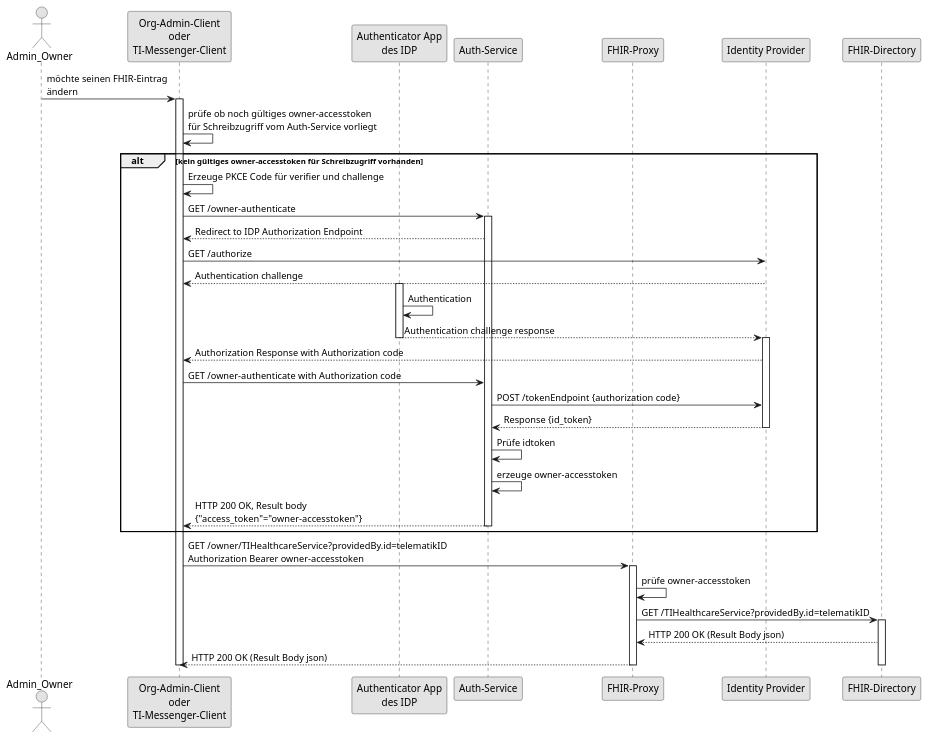
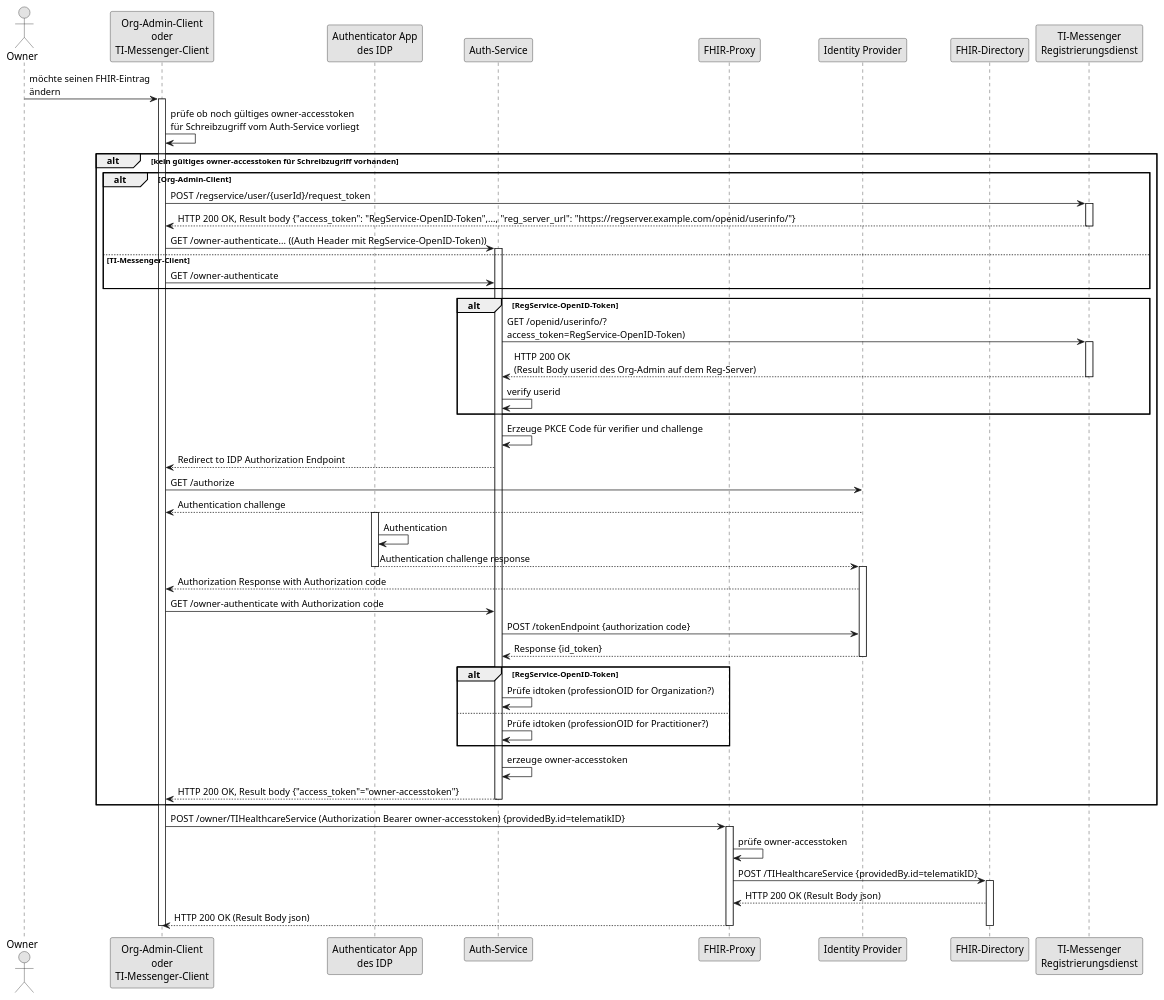
Before and after one commit to gematik/api-vzd: the diagram in src/plantuml/SequenceDiagram.FHIR-Directory.owner.puml, drawn with PlantUML.

Commit message:
update 2nd factor

```diff
--- a/src/plantuml/SequenceDiagram.FHIR-Directory.owner.puml
+++ b/src/plantuml/SequenceDiagram.FHIR-Directory.owner.puml
@@ -1,63 +1,70 @@
-@startuml SequenceDiagram.FHIR-Directory.owner
+@startuml
 skinparam dpi 100
 skinparam WrapWidth 200
 skinparam monochrome true
 
 'title "FHIR-Directory, Sequenzdiagram Änderung von eigenen TIOrganization- oder TIPractitioner-Einträgen'
-actor oa as "Admin_Owner"
+actor o as "Owner"
 participant cl as "Org-Admin-Client\noder\nTI-Messenger-Client"
 participant aa as "Authenticator App\ndes IDP"
 participant au as "Auth-Service"
 participant fp as "FHIR-Proxy"
 participant idp as "Identity Provider"
 participant fd as "FHIR-Directory"
-oa -> cl: möchte seinen FHIR-Eintrag\nändern
+participant rd as "TI-Messenger\nRegistrierungsdienst"
+o -> cl: möchte seinen FHIR-Eintrag\nändern
 activate cl
 cl -> cl: prüfe ob noch gültiges owner-accesstoken\nfür Schreibzugriff vom Auth-Service vorliegt
 alt kein gültiges owner-accesstoken für Schreibzugriff vorhanden
-cl -> cl: Erzeuge PKCE Code für verifier und challenge
+alt Org-Admin-Client
+cl -> rd: POST /regservice/user/{userId}/request_token
+activate rd
+rd --> cl: HTTP 200 OK, Result body {"access_token": "RegService-OpenID-Token",..., "reg_server_url": "https://regserver.example.com/openid/userinfo/"}
+deactivate rd
+cl -> au: GET /owner-authenticate... ((Auth Header mit RegService-OpenID-Token))
+activate au
+else TI-Messenger-Client
 cl -> au: GET /owner-authenticate
-activate au
+end
+alt RegService-OpenID-Token
+au -> rd: GET /openid/userinfo/?\naccess_token=RegService-OpenID-Token)
+activate rd
+rd --> au: HTTP 200 OK\n(Result Body userid des Org-Admin auf dem Reg-Server)
+deactivate rd
+au -> au: verify userid
+end
+au -> au: Erzeuge PKCE Code für verifier und challenge
 au --> cl: Redirect to IDP Authorization Endpoint
 cl -> idp: GET /authorize
 idp --> cl: Authentication challenge
 activate aa
 aa -> aa: Authentication
 aa --> idp: Authentication challenge response
 deactivate aa
 activate idp
 idp --> cl: Authorization Response with Authorization code
 cl -> au: GET /owner-authenticate with Authorization code
 au -> idp: POST /tokenEndpoint {authorization code}
 idp --> au: Response {id_token}
 
-'cl -> idp: GET /authorize + scope=VZD-FHIR-Directory + openid + code_challenge
-'activate idp
-'idp --> cl: HTTP 200 OK (Result Body "Bestätige Identität in der Authenticator App des IDP")
-'oa -> aa: Authentisierung und\nEinverständnis
-'activate aa
-'aa -> idp: Authentisierung und Einverständnis
-'deactivate aa
-'idp --> cl: HTTP 200 OK (Result Body {"AuthorizationCode"})
-
-'cl -> idp: POST /token\ngrant_type=authorization_code\ncode="AuthorizationCode"\ncode_verifier="verifier"
-'idp -> idp: Auswertung des PKCE codes
-'idp --> cl: HTTP 200 OK (Result Body {\n"id_token": "idtoken"\n"access_token": "accesstoken"\n"refresh_token": "refreshtoken"...})
 deactivate idp
-'cl -> fp: GET /owner-authenticate... (Auth Header mit\naccesstoken und idtoken)
-au -> au: Prüfe idtoken
+alt RegService-OpenID-Token
+au -> au: Prüfe idtoken (professionOID for Organization?)
+else
+au -> au: Prüfe idtoken (professionOID for Practitioner?)
+end
 au -> au: erzeuge owner-accesstoken
-au --> cl: HTTP 200 OK, Result body\n{"access_token"="owner-accesstoken"}
+au --> cl: HTTP 200 OK, Result body {"access_token"="owner-accesstoken"}
 deactivate au
 end
-cl -> fp: GET /owner/TIHealthcareService?providedBy.id=telematikID\nAuthorization Bearer owner-accesstoken
+cl -> fp: POST /owner/TIHealthcareService (Authorization Bearer owner-accesstoken) {providedBy.id=telematikID}
 activate fp
 fp -> fp: prüfe owner-accesstoken
-fp -> fd: GET /TIHealthcareService?providedBy.id=telematikID
+fp -> fd: POST /TIHealthcareService {providedBy.id=telematikID}
 activate fd
 fd --> fp: HTTP 200 OK (Result Body json)
 fp --> cl: HTTP 200 OK (Result Body json)
 deactivate fd
 deactivate fp
 deactivate cl
 @enduml
```
